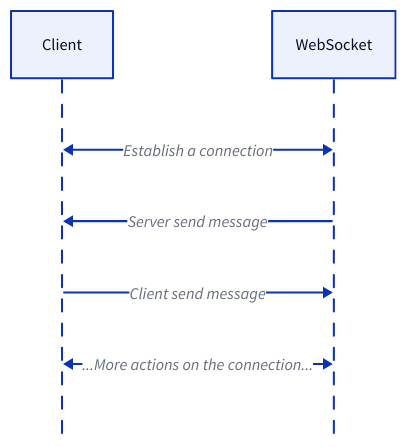
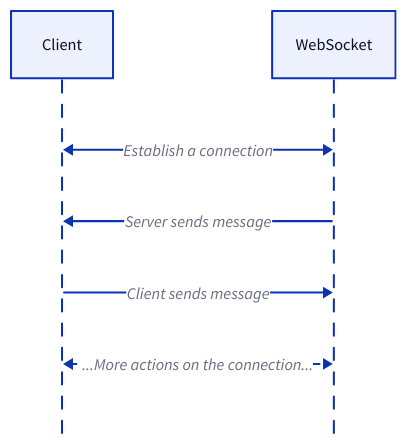
The sixth of 13 diagrams in content/web-service/communication-protocols/_index.md (link1905/system-design-101), drawn with D2 before and after one commit. The commit also changed other lines of this file and 13 other files, not shown here.

````diff
--- a/content/web-service/communication-protocols/_index.md
+++ b/content/web-service/communication-protocols/_index.md
@@ -208,14 +196,15 @@
 ```d2
-
 shape: sequence_diagram
 c: Client {
     class: client
 }
 s: WebSocket {
     class: server
 }
 c <-> s: Establish a connection
-s --> c: Server send message
-c --> s: Client send message
-c <-> s: "...More actions on the connection..."
+s --> c: Server sends message
+c --> s: Client sends message
+c <-> s: "...More actions on the connection..." {
+  style.animated: true
+}
 ```
````
